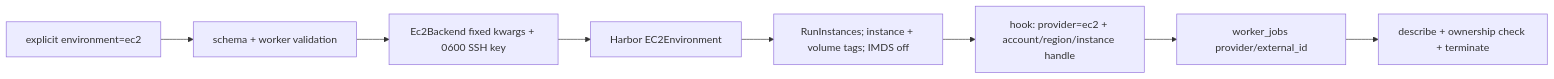
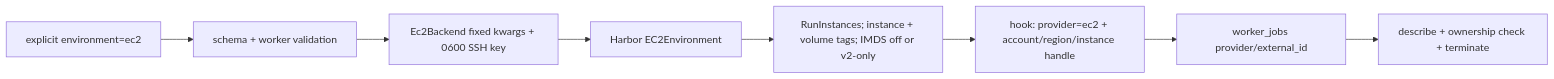
The diagram in docs/flow/ec2-S1-flow.md (abundant-ai/oddish), drawn with Mermaid before and after one commit. The commit also changed other lines of this file and 17 other files, not shown here.

````diff
--- a/docs/flow/ec2-S1-flow.md
+++ b/docs/flow/ec2-S1-flow.md
@@ -43,10 +43,10 @@
 ```mermaid
 flowchart LR
   Submit["explicit environment=ec2"] --> Validate["schema + worker validation"]
   Validate --> Backend["Ec2Backend fixed kwargs + 0600 SSH key"]
   Backend --> Harbor["Harbor EC2Environment"]
-  Harbor --> Launch["RunInstances; instance + volume tags; IMDS off"]
+  Harbor --> Launch["RunInstances; instance + volume tags; IMDS off or v2-only"]
   Launch --> Hook["hook: provider=ec2 + account/region/instance handle"]
   Hook --> Persist["worker_jobs provider/external_id"]
   Persist --> Teardown["describe + ownership check + terminate"]
 ```
````
